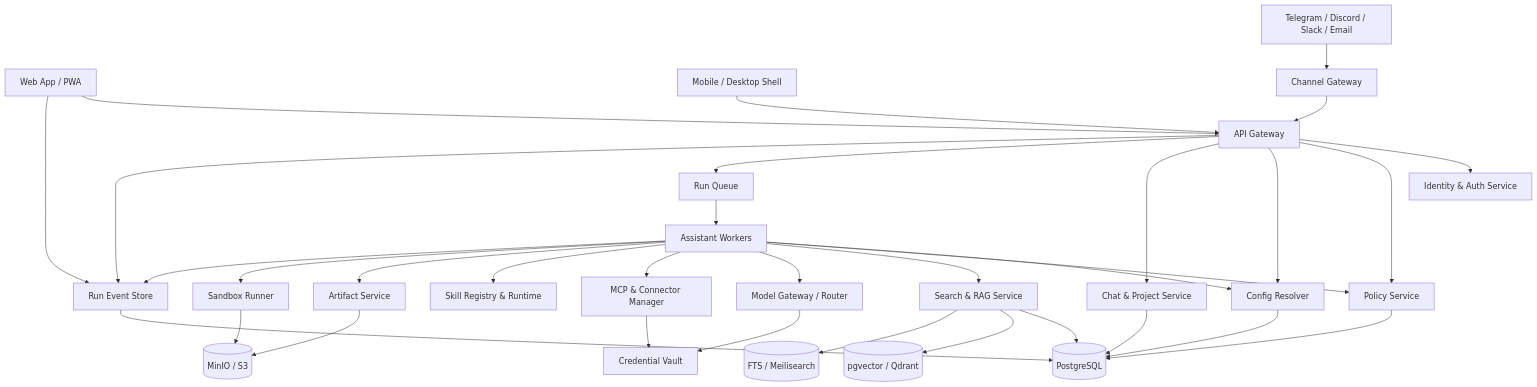
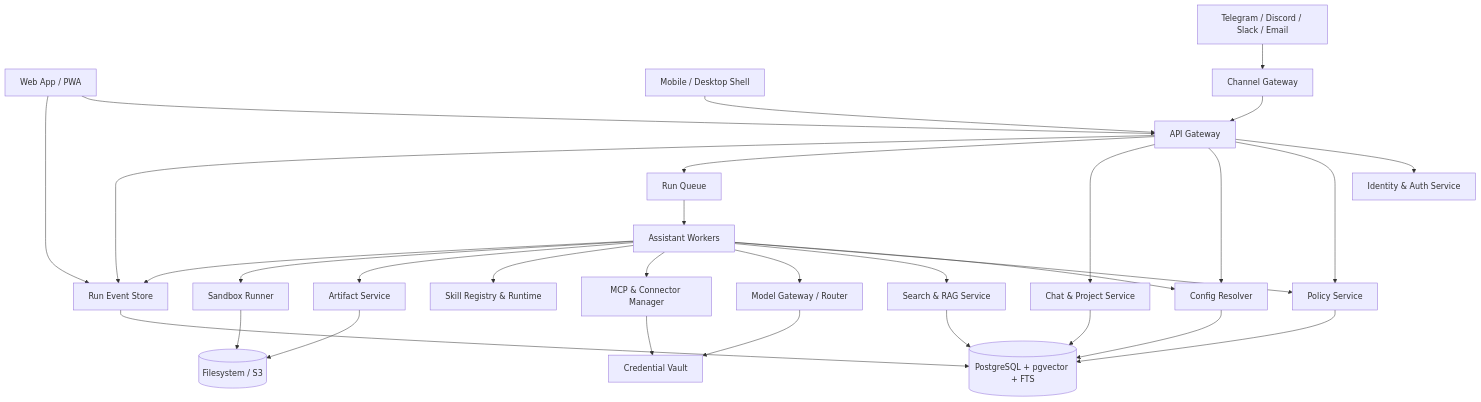
One commit to leon0399/llame changed the first of 5 diagrams in SPEC.md. Above: the diagram before and after it, drawn with Mermaid. The commit also changed other lines of this file, not shown here.

````diff
--- a/SPEC.md
+++ b/SPEC.md
@@ -1818,39 +1811,37 @@
 ```mermaid
 flowchart TD
     Web[Web App / PWA] --> API[API Gateway]
     Mobile[Mobile / Desktop Shell] --> API
     Channels[Telegram / Discord / Slack / Email] --> ChannelGateway[Channel Gateway]
     ChannelGateway --> API
 
     API --> Auth[Identity & Auth Service]
     API --> Policy[Policy Service]
     API --> Config[Config Resolver]
     API --> Chat[Chat & Project Service]
     API --> Queue[Run Queue]
 
     Queue --> Workers[Assistant Workers]
     Workers --> Config
     Workers --> Policy
     Workers --> Retrieval[Search & RAG Service]
     Workers --> Model[Model Gateway / Router]
     Workers --> MCP[MCP & Connector Manager]
     Workers --> Skills[Skill Registry & Runtime]
     Workers --> Artifacts[Artifact Service]
     Workers --> Sandbox[Sandbox Runner]
     Workers --> Events[Run Event Store]
 
-    Retrieval --> Pg[(PostgreSQL)]
-    Retrieval --> Vector[(pgvector / Qdrant)]
-    Retrieval --> Lexical[(FTS / Meilisearch)]
-    Artifacts --> ObjectStore[(MinIO / S3)]
+    Retrieval --> Pg[(PostgreSQL + pgvector + FTS)]
+    Artifacts --> ObjectStore[(Filesystem / S3)]
     Chat --> Pg
     Events --> Pg
     Config --> Pg
     Policy --> Pg
     MCP --> Vault[Credential Vault]
     Model --> Vault
     Sandbox --> ObjectStore
 
     API --> Events
     Web --> Events
 ```
````
